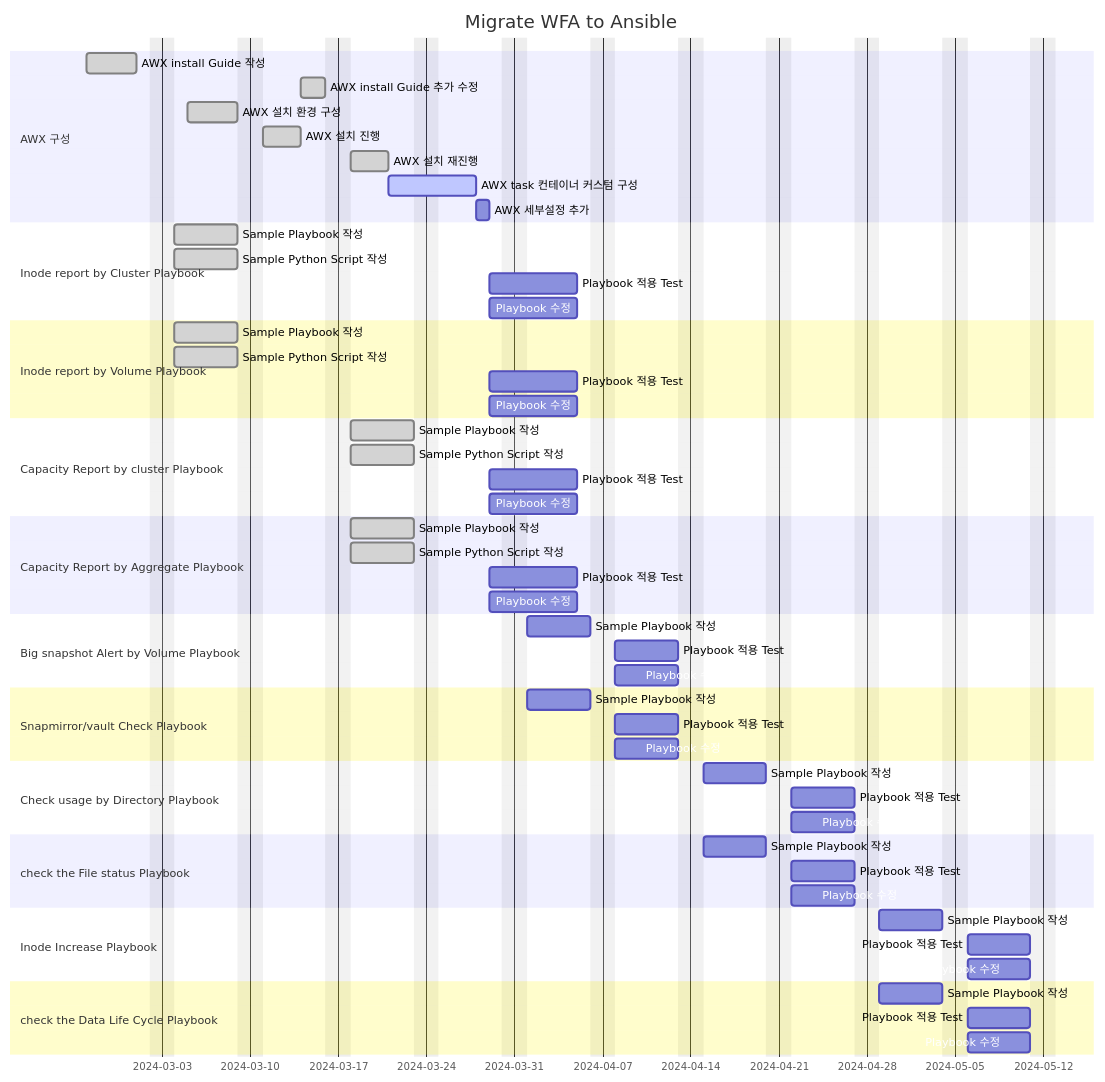
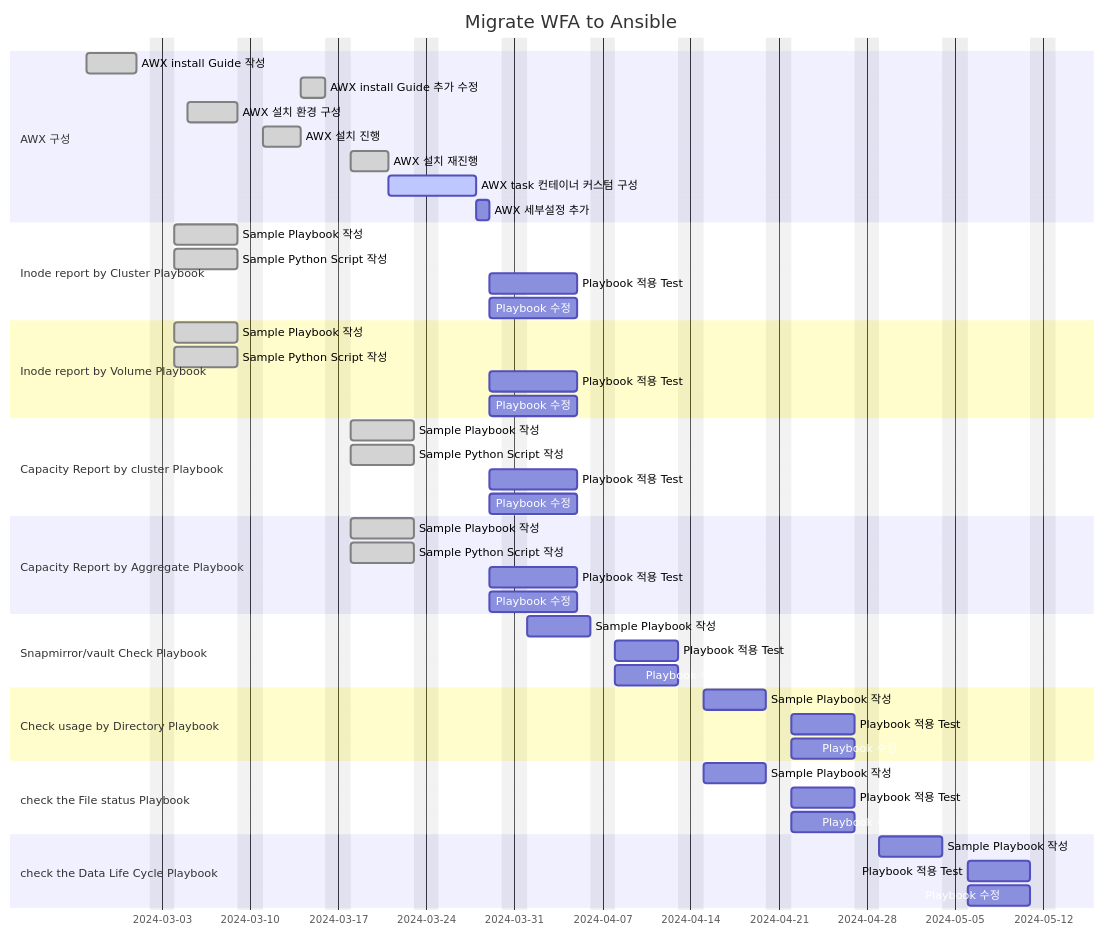
One commit to netappkr/AnsiblePlaybook changed the diagram in SKHynix/Readme.md. Above: the diagram before and after it, drawn with Mermaid.

````diff
--- a/SKHynix/Readme.md
+++ b/SKHynix/Readme.md
@@ -64,70 +64,60 @@
 ```mermaid
 gantt
     title Migrate WFA to Ansible
     dateFormat  YYYY-MM-DD
     excludes    weekends
 
     section AWX 구성
     AWX install Guide 작성  : done, awx1, 2024-02-26, 4d
     AWX install Guide 추가 수정  : done, awx1-1, after awx3, 2d
     AWX 설치 환경 구성  : done, awx2, 2024-03-05, 4d
     AWX 설치 진행 : done, awx3, after awx2 , 3d
     AWX 설치 재진행 : done, awx3-1, after awx1-1 , 3d
     AWX task 컨테이너 커스텀 구성: active, awx3-2, after awx3-1, 5d
     AWX 세부설정 추가 : awx4, after awx3-2, 1d
     
 
     section Inode report by Cluster Playbook
     Sample Playbook 작성 : done,p1-1, 2024-03-04, 5d
     Sample Python Script 작성 : done, p1-2, 2024-03-04, 5d
     Playbook 적용 Test: p1-3, after awx4,  5d
     Playbook 수정 : p1-4, after awx4 , 5d
 
     section Inode report by Volume Playbook
     Sample Playbook 작성 : done, p2-1, 2024-03-04, 5d
     Sample Python Script 작성 : done, p2-2, 2024-03-04, 5d
     Playbook 적용 Test: p2-3, after awx4,  5d
     Playbook 수정 : p2-4, after awx4 , 5d
 
     section Capacity Report by cluster Playbook
     Sample Playbook 작성 : done, p3-1, 2024-03-18, 5d
     Sample Python Script 작성 : done, p3-2, 2024-03-18, 5d
     Playbook 적용 Test: p3-3, after awx4,  5d
     Playbook 수정 : p3-4, after awx4 , 5d
 
     section Capacity Report by Aggregate Playbook
     Sample Playbook 작성 : done, p4-1, 2024-03-18, 5d
     Sample Python Script 작성 : done, p4-2, 2024-03-18, 5d
     Playbook 적용 Test: p4-3, after awx4,  5d
     Playbook 수정 : p4-3, after awx4 , 5d
 
-    section Big snapshot Alert by Volume Playbook
-    Sample Playbook 작성 : p5-1, 2024-04-01, 5d
-    Playbook 적용 Test: p5-2, after p5-1,  5d
-    Playbook 수정 : p5-3, after p5-1 , 5d
-
     section Snapmirror/vault Check Playbook
     Sample Playbook 작성 : p6-1, 2024-04-01, 5d
     Playbook 적용 Test: p6-2, after p6-1,  5d
     Playbook 수정 : p6-3, after p6-1 , 5d
 
     section Check usage by Directory Playbook
     Sample Playbook 작성 : p7-1, 2024-04-15, 5d
     Playbook 적용 Test: p7-2, after p7-1,  5d
     Playbook 수정 : p7-3, after p7-1 , 5d
 
     section check the File status Playbook
     Sample Playbook 작성 : p8-1, 2024-04-15, 5d
     Playbook 적용 Test: p8-2, after p8-1,  5d
     Playbook 수정 : p8-3, after p8-1 , 5d
 
-    section Inode Increase Playbook
-    Sample Playbook 작성 : p9-1, 2024-04-29, 5d
-    Playbook 적용 Test: p9-2, after p9-1,  5d
-    Playbook 수정 : p9-3, after p9-1 , 5d
-
     section check the Data Life Cycle Playbook
     Sample Playbook 작성 : p10-1, 2024-04-29, 5d
     Playbook 적용 Test: p10-2, after p10-1,  5d
     Playbook 수정 : p10-3, after p10-1 , 5d
 ```
````
